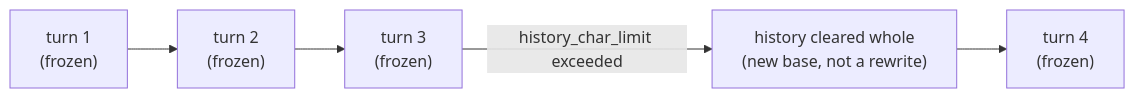
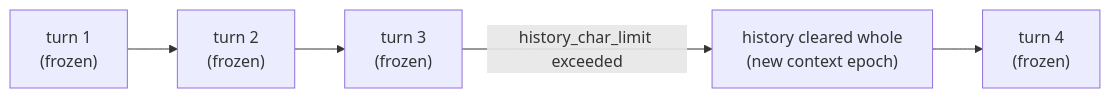
The second of 7 diagrams in docs/for-contributors/architecture.md (DarkSpaceY/NAN-itself), drawn with Mermaid before and after one commit. The commit also changed other lines of this file and 10 other files, not shown here.

````diff
--- a/docs/for-contributors/architecture.md
+++ b/docs/for-contributors/architecture.md
@@ -58,6 +67,6 @@
 ```mermaid
 flowchart LR
     T1["turn 1<br/>(frozen)"] --> T2["turn 2<br/>(frozen)"] --> T3["turn 3<br/>(frozen)"]
-    T3 -->|"history_char_limit exceeded"| R["history cleared whole<br/>(new base, not a rewrite)"]
+    T3 -->|"history_char_limit exceeded"| R["history cleared whole<br/>(new context epoch)"]
     R --> T4["turn 4<br/>(frozen)"]
 ```
````
